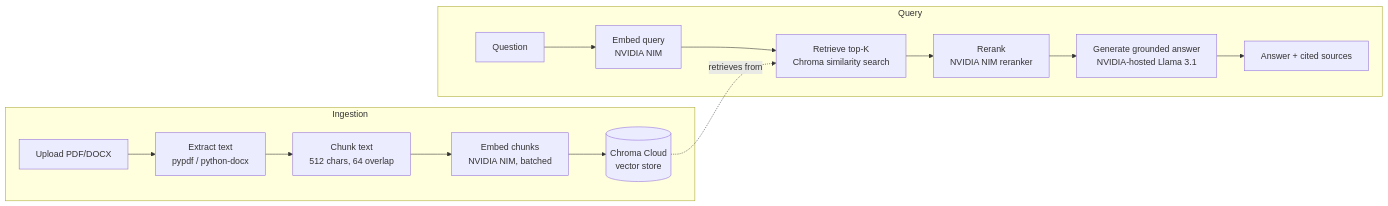
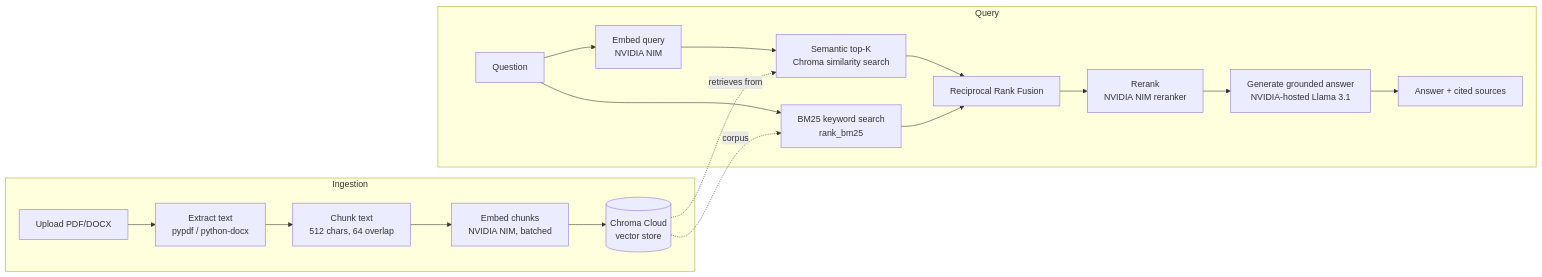
The diagram in README.md (Vivekpatil200320/contextquery-backend), drawn with Mermaid before and after one commit. The commit also changed other lines of this file and 9216 other files, not shown here.

````diff
--- a/README.md
+++ b/README.md
@@ -26,18 +42,22 @@
 ```mermaid
 flowchart LR
     subgraph Ingestion
         A[Upload PDF/DOCX] --> B[Extract text<br/>pypdf / python-docx]
         B --> C[Chunk text<br/>512 chars, 64 overlap]
         C --> D[Embed chunks<br/>NVIDIA NIM, batched]
         D --> E[(Chroma Cloud<br/>vector store)]
     end
 
     subgraph Query
         F[Question] --> G[Embed query<br/>NVIDIA NIM]
-        G --> H[Retrieve top-K<br/>Chroma similarity search]
-        H --> I[Rerank<br/>NVIDIA NIM reranker]
+        F --> L[BM25 keyword search<br/>rank_bm25]
+        G --> H[Semantic top-K<br/>Chroma similarity search]
+        H --> M[Reciprocal Rank Fusion]
+        L --> M
+        M --> I[Rerank<br/>NVIDIA NIM reranker]
         I --> J[Generate grounded answer<br/>NVIDIA-hosted Llama 3.1]
         E -.retrieves from.-> H
+        E -.corpus.-> L
         J --> K[Answer + cited sources]
     end
 ```
````
